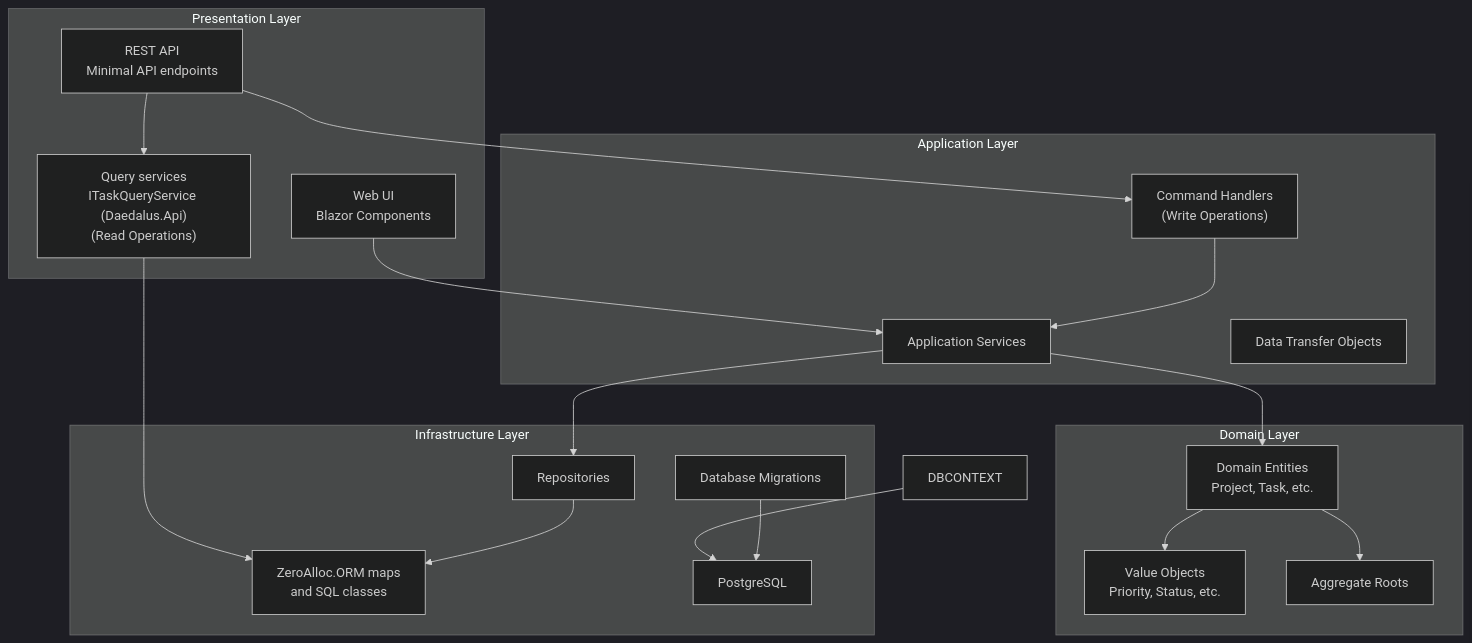
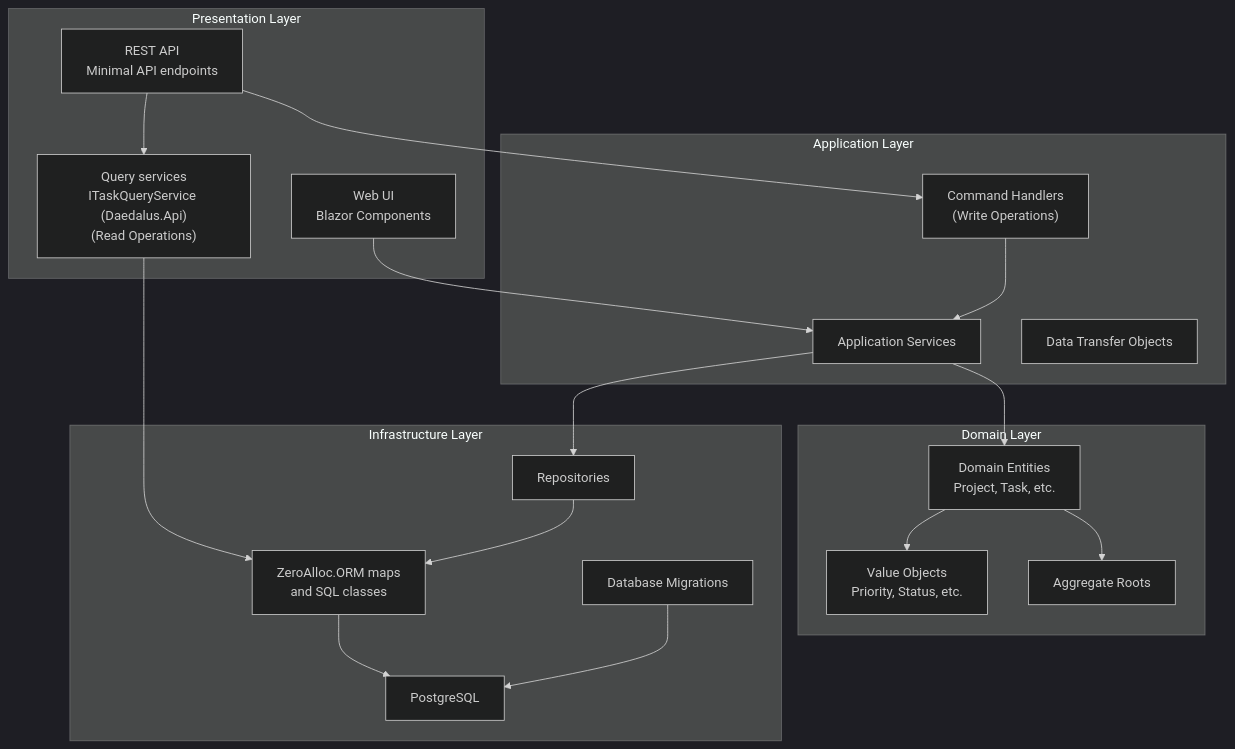
One commit to MarcelRoozekrans/Daedalus.NET changed the seventh of 24 diagrams in docs/architecture-diagrams.md. Above: the diagram before and after it, drawn with Mermaid (dark theme). The commit also changed other lines of this file and 3 other files, not shown here.

````diff
--- a/docs/architecture-diagrams.md
+++ b/docs/architecture-diagrams.md
@@ -614,44 +614,44 @@
 ```mermaid
 graph TB
     subgraph "Presentation Layer"
         API["REST API<br/>Minimal API endpoints"]
         WEB["Web UI<br/>Blazor Components"]
         QUERYSVC["Query services<br/>ITaskQueryService (Daedalus.Api)<br/>(Read Operations)"]
     end
 
     subgraph "Application Layer"
         COMMANDS["Command Handlers<br/>(Write Operations)"]
         SERVICES["Application Services"]
         DTOs["Data Transfer Objects"]
     end
 
     subgraph "Domain Layer"
         ENTITIES["Domain Entities<br/>Project, Task, etc."]
         VALUEOBJECTS["Value Objects<br/>Priority, Status, etc."]
         AGGROOT["Aggregate Roots"]
     end
 
     subgraph "Infrastructure Layer"
         ORMSQL["ZeroAlloc.ORM maps<br/>and SQL classes"]
         REPOSITORIES["Repositories"]
         MIGRATION["Database Migrations"]
         PERSISTENCE["PostgreSQL"]
     end
 
     API --> COMMANDS
     API --> QUERYSVC
     QUERYSVC --> ORMSQL
     WEB --> SERVICES
 
     COMMANDS --> SERVICES
 
     SERVICES --> REPOSITORIES
     SERVICES --> ENTITIES
 
     REPOSITORIES --> ORMSQL
     ENTITIES --> VALUEOBJECTS
     ENTITIES --> AGGROOT
 
-    DBCONTEXT --> PERSISTENCE
+    ORMSQL --> PERSISTENCE
     MIGRATION --> PERSISTENCE
 ```
````
